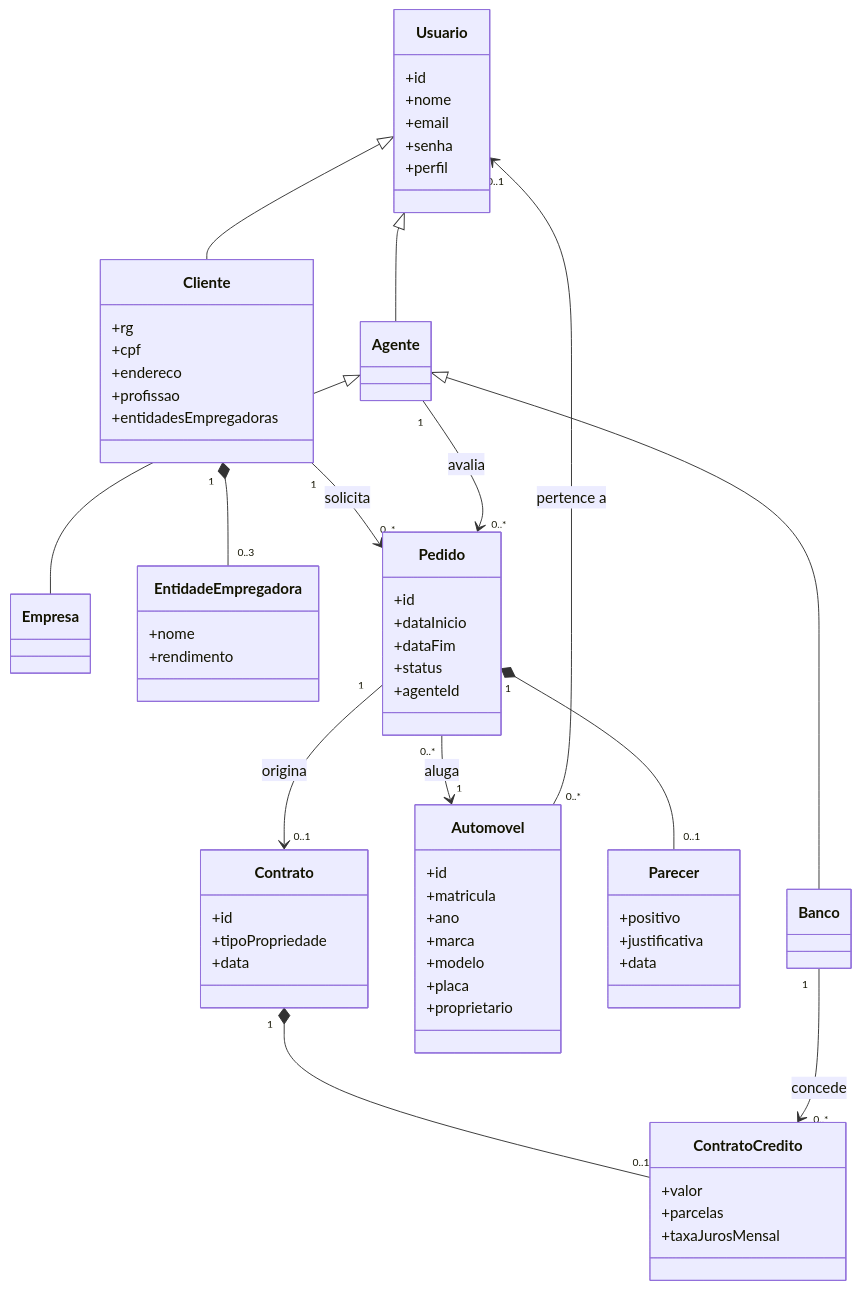
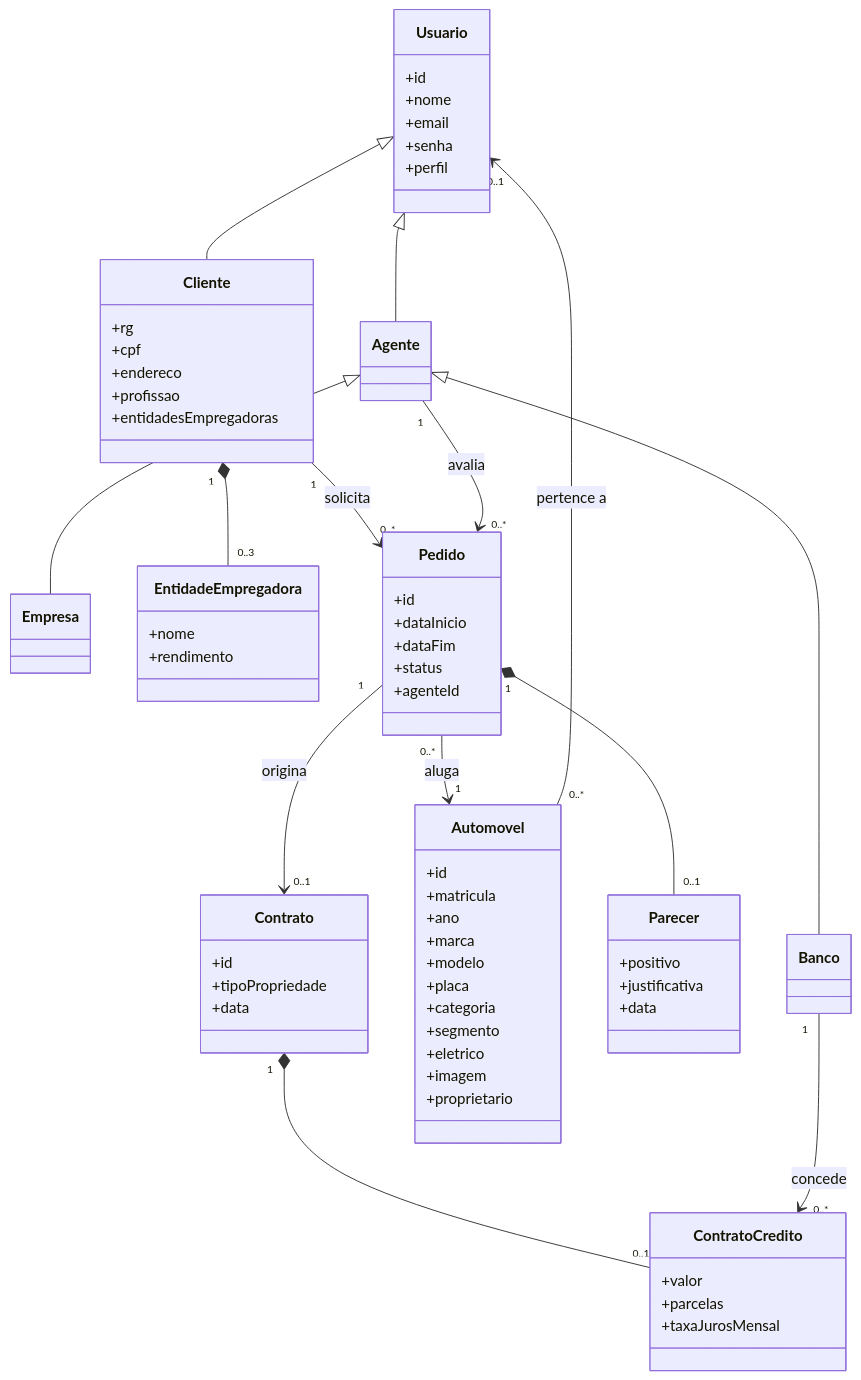
One commit to Arthur-Bicalho/DIW-Lab2 changed the first of 2 diagrams in docs/diagramas/classes.md. Above: the diagram before and after it, drawn with Mermaid. The commit also changed 7 other files, not shown here.

Commit message:
docs(uml): documenta o catálogo, a classificação dos automóveis e o ADR 0011

````diff
--- a/docs/diagramas/classes.md
+++ b/docs/diagramas/classes.md
@@ -5,69 +5,73 @@
 ```mermaid
 classDiagram
     class Usuario {
         +id
         +nome
         +email
         +senha
         +perfil
     }
     class Cliente {
         +rg
         +cpf
         +endereco
         +profissao
         +entidadesEmpregadoras
     }
     class Agente
     class Empresa
     class Banco
     class EntidadeEmpregadora {
         +nome
         +rendimento
     }
     class Automovel {
         +id
         +matricula
         +ano
         +marca
         +modelo
         +placa
+        +categoria
+        +segmento
+        +eletrico
+        +imagem
         +proprietario
     }
     class Pedido {
         +id
         +dataInicio
         +dataFim
         +status
         +agenteId
     }
     class Parecer {
         +positivo
         +justificativa
         +data
     }
     class Contrato {
         +id
         +tipoPropriedade
         +data
     }
     class ContratoCredito {
         +valor
         +parcelas
         +taxaJurosMensal
     }
 
     Usuario <|-- Cliente
     Usuario <|-- Agente
     Agente <|-- Empresa
     Agente <|-- Banco
     Cliente "1" *-- "0..3" EntidadeEmpregadora
     Cliente "1" --> "0..*" Pedido : solicita
     Pedido "0..*" --> "1" Automovel : aluga
     Agente "1" --> "0..*" Pedido : avalia
     Pedido "1" *-- "0..1" Parecer
     Pedido "1" --> "0..1" Contrato : origina
     Contrato "1" *-- "0..1" ContratoCredito
     Banco "1" --> "0..*" ContratoCredito : concede
     Automovel "0..*" --> "0..1" Usuario : pertence a
 ```
````
